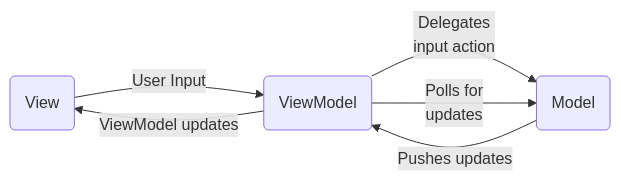
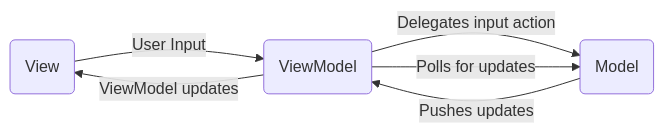
The diagram in readme.md (VAlexandersson/GameOfLifeSimulator), drawn with Mermaid before and after one commit. The commit also changed other lines of this file, not shown here.

Commit message:
Update README with architecture details and some other information

````diff
--- a/readme.md
+++ b/readme.md
@@ -6,13 +15,11 @@
 ```mermaid
 graph LR
-
 A(View)
 B(ViewModel)
 C(Model)
 A --User Input-->  B
 B --ViewModel updates--> A
-B --Delegates<br/>input action--> C
-B --Polls for<br/>updates--> C
+B --Delegates input action--> C
+B --Polls for updates--> C
 C --Pushes updates--> B
-  
 ```
````
